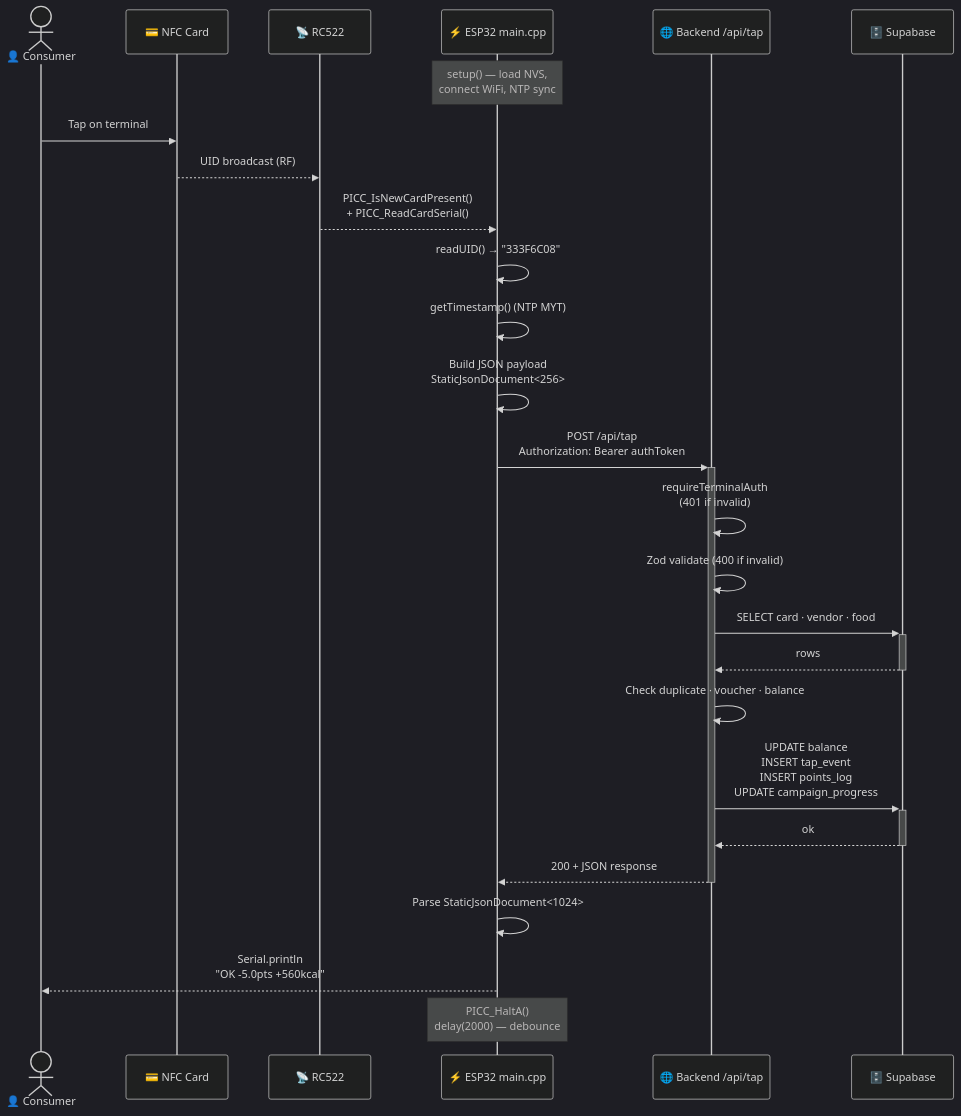
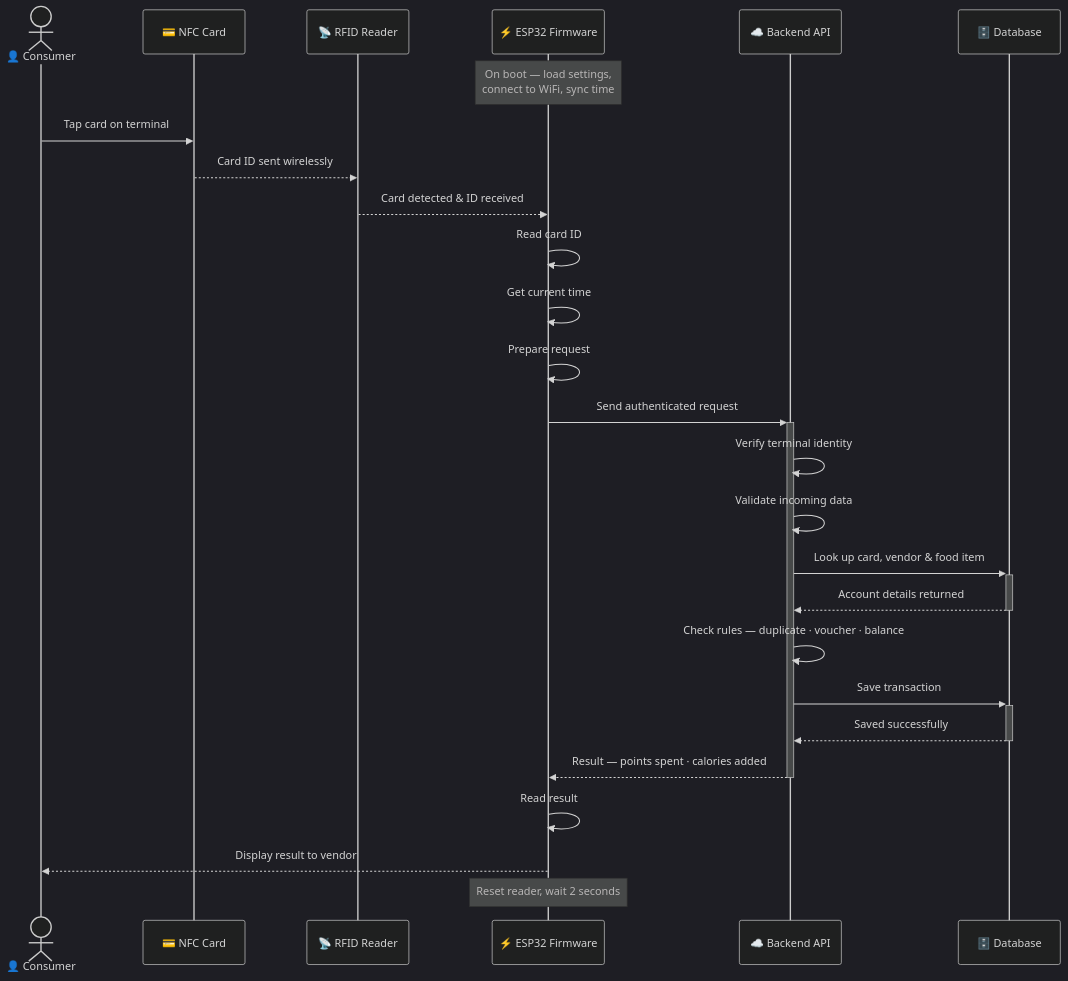
One commit to GILZ3103/claude_project changed the seventh of 12 diagrams in MASTER_v2_refined.md. Above: the diagram before and after it, drawn with Mermaid (dark theme). The commit also changed other lines of this file, not shown here.

Commit message:
Refactor card tap sequence diagram for clarity and detail

````diff
--- a/MASTER_v2_refined.md
+++ b/MASTER_v2_refined.md
@@ -246,32 +246,34 @@
 ```mermaid
 sequenceDiagram
     actor User as 👤 Consumer
     participant Card as 💳 NFC Card
-    participant RC522 as 📡 RC522
-    participant ESP32 as ⚡ ESP32 main.cpp
-    participant API as 🌐 Backend /api/tap
-    participant DB as 🗄️ Supabase
+    participant RC522 as 📡 RFID Reader
+    participant ESP32 as ⚡ ESP32 Firmware
+    participant API as ☁️ Backend API
+    participant DB as 🗄️ Database
 
-    Note over ESP32: setup() — load NVS,<br/>connect WiFi, NTP sync
-    User->>Card: Tap on terminal
-    Card-->>RC522: UID broadcast (RF)
-    RC522-->>ESP32: PICC_IsNewCardPresent()<br/>+ PICC_ReadCardSerial()
-    ESP32->>ESP32: readUID() → "333F6C08"
-    ESP32->>ESP32: getTimestamp() (NTP MYT)
-    ESP32->>ESP32: Build JSON payload<br/>StaticJsonDocument<256>
+    Note over ESP32: On boot — load settings,<br/>connect to WiFi, sync time
 
-    ESP32->>+API: POST /api/tap<br/>Authorization: Bearer authToken
-    API->>API: requireTerminalAuth<br/>(401 if invalid)
-    API->>API: Zod validate (400 if invalid)
-    API->>+DB: SELECT card · vendor · food
-    DB-->>-API: rows
-    API->>API: Check duplicate · voucher · balance
-    API->>+DB: UPDATE balance<br/>INSERT tap_event<br/>INSERT points_log<br/>UPDATE campaign_progress
-    DB-->>-API: ok
-    API-->>-ESP32: 200 + JSON response
+    User->>Card: Tap card on terminal
+    Card-->>RC522: Card ID sent wirelessly
+    RC522-->>ESP32: Card detected & ID received
 
-    ESP32->>ESP32: Parse StaticJsonDocument<1024>
-    ESP32-->>User: Serial.println<br/>"OK  -5.0pts  +560kcal"
+    ESP32->>ESP32: Read card ID
+    ESP32->>ESP32: Get current time
+    ESP32->>ESP32: Prepare request
 
-    Note over ESP32: PICC_HaltA()<br/>delay(2000) — debounce
+    ESP32->>+API: Send authenticated request
+    API->>API: Verify terminal identity
+    API->>API: Validate incoming data
+    API->>+DB: Look up card, vendor & food item
+    DB-->>-API: Account details returned
+    API->>API: Check rules — duplicate · voucher · balance
+    API->>+DB: Save transaction
+    DB-->>-API: Saved successfully
+    API-->>-ESP32: Result — points spent · calories added
+
+    ESP32->>ESP32: Read result
+    ESP32-->>User: Display result to vendor
+
+    Note over ESP32: Reset reader, wait 2 seconds
 ```
````
